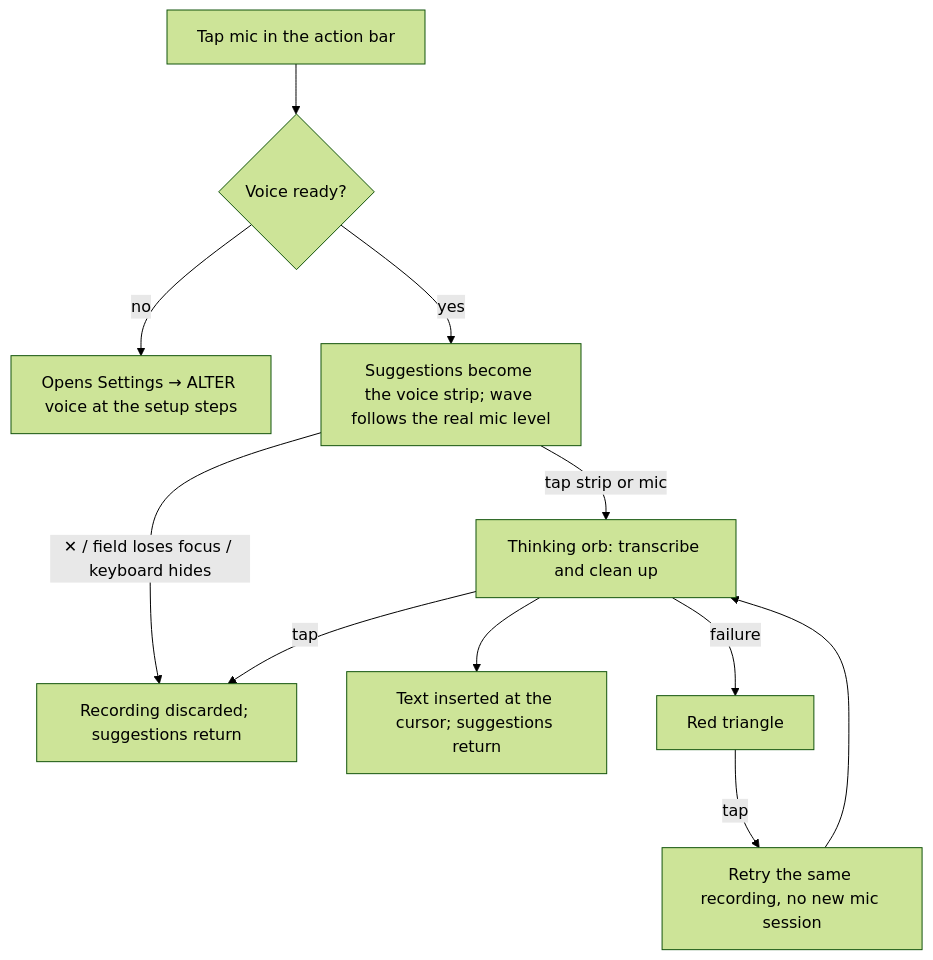
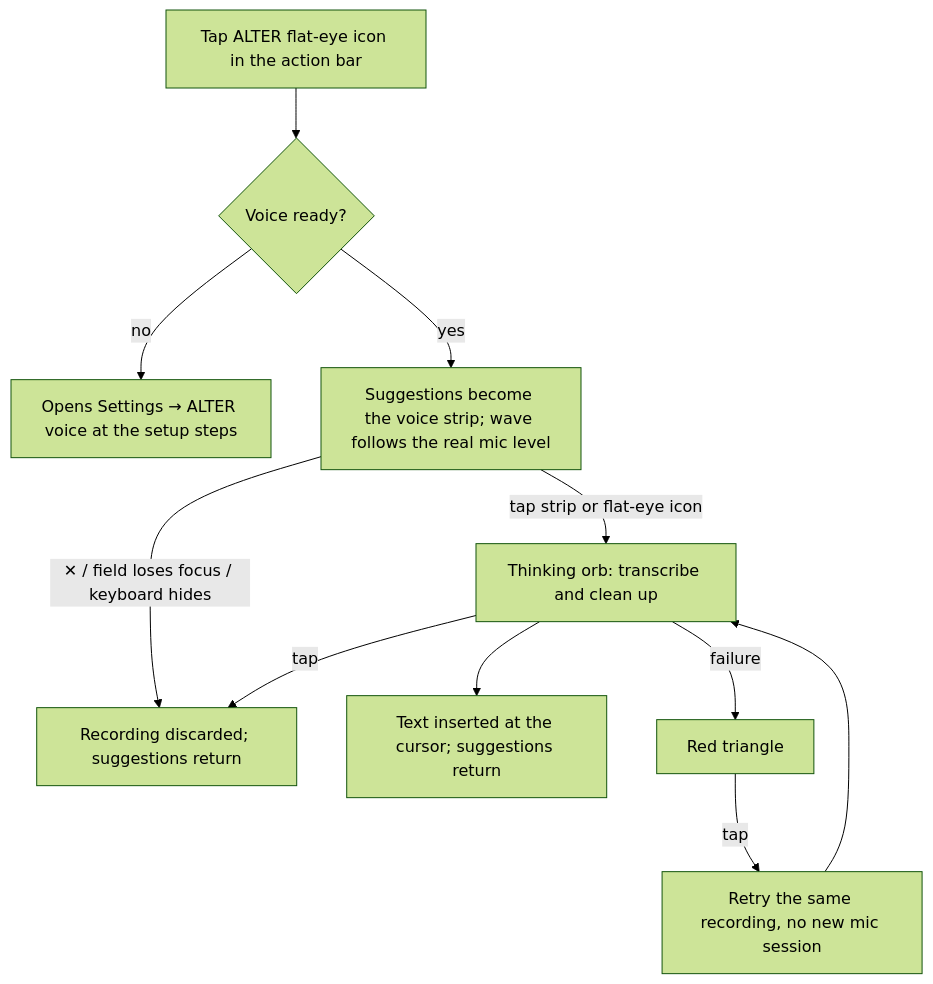
One commit to hardikk-gupta/alter-keyboard changed the second of 3 diagrams in docs/SITEMAP.md. Above: the diagram before and after it, drawn with Mermaid (forest theme). The commit also changed other lines of this file and 5 other files, not shown here.

Commit message:
Use ALTER flat-eye mark for keyboard voice action

````diff
--- a/docs/SITEMAP.md
+++ b/docs/SITEMAP.md
@@ -75,13 +75,13 @@
 ```mermaid
 flowchart TD
-    A[Tap mic in the action bar] --> B{Voice ready?}
+    A[Tap ALTER flat-eye icon in the action bar] --> B{Voice ready?}
     B -- no --> S[Opens Settings → ALTER voice at the setup steps]
     B -- yes --> C[Suggestions become the voice strip; wave follows the real mic level]
-    C -- tap strip or mic --> D[Thinking orb: transcribe and clean up]
+    C -- tap strip or flat-eye icon --> D[Thinking orb: transcribe and clean up]
     C -- "✕ / field loses focus / keyboard hides" --> X[Recording discarded; suggestions return]
     D -- tap --> X
     D --> E[Text inserted at the cursor; suggestions return]
     D -- failure --> F[Red triangle]
     F -- tap --> G[Retry the same recording, no new mic session]
     G --> D
 ```
````
